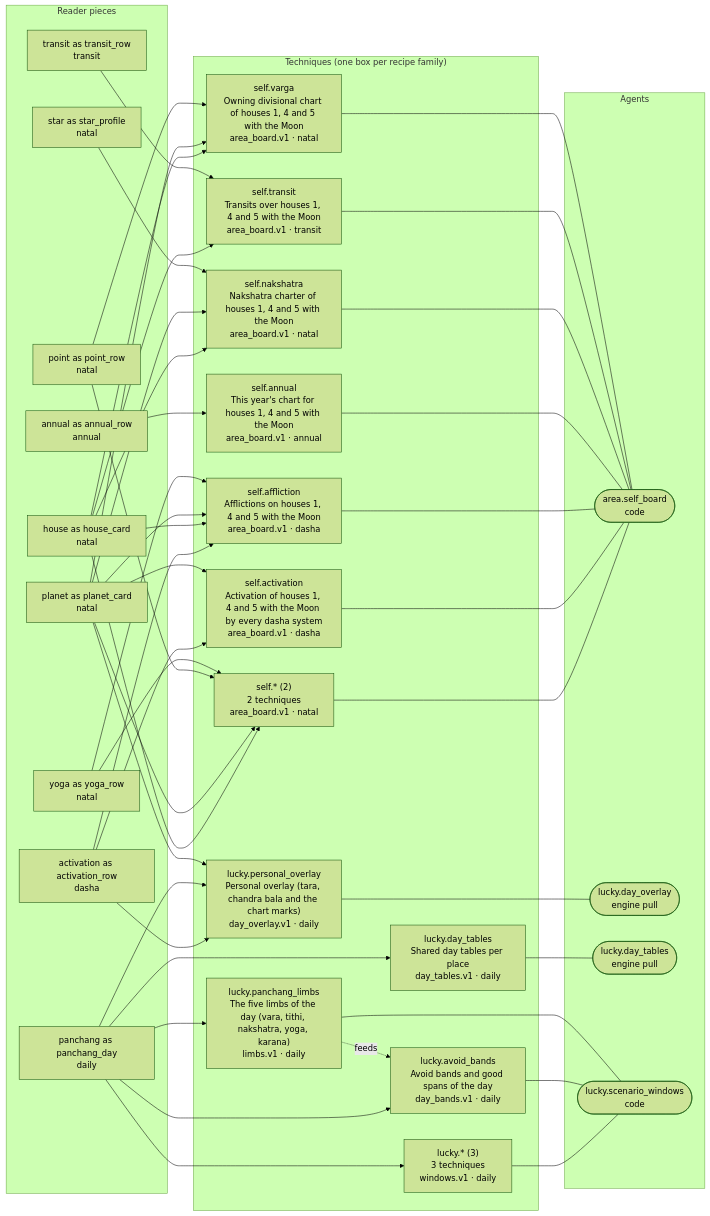
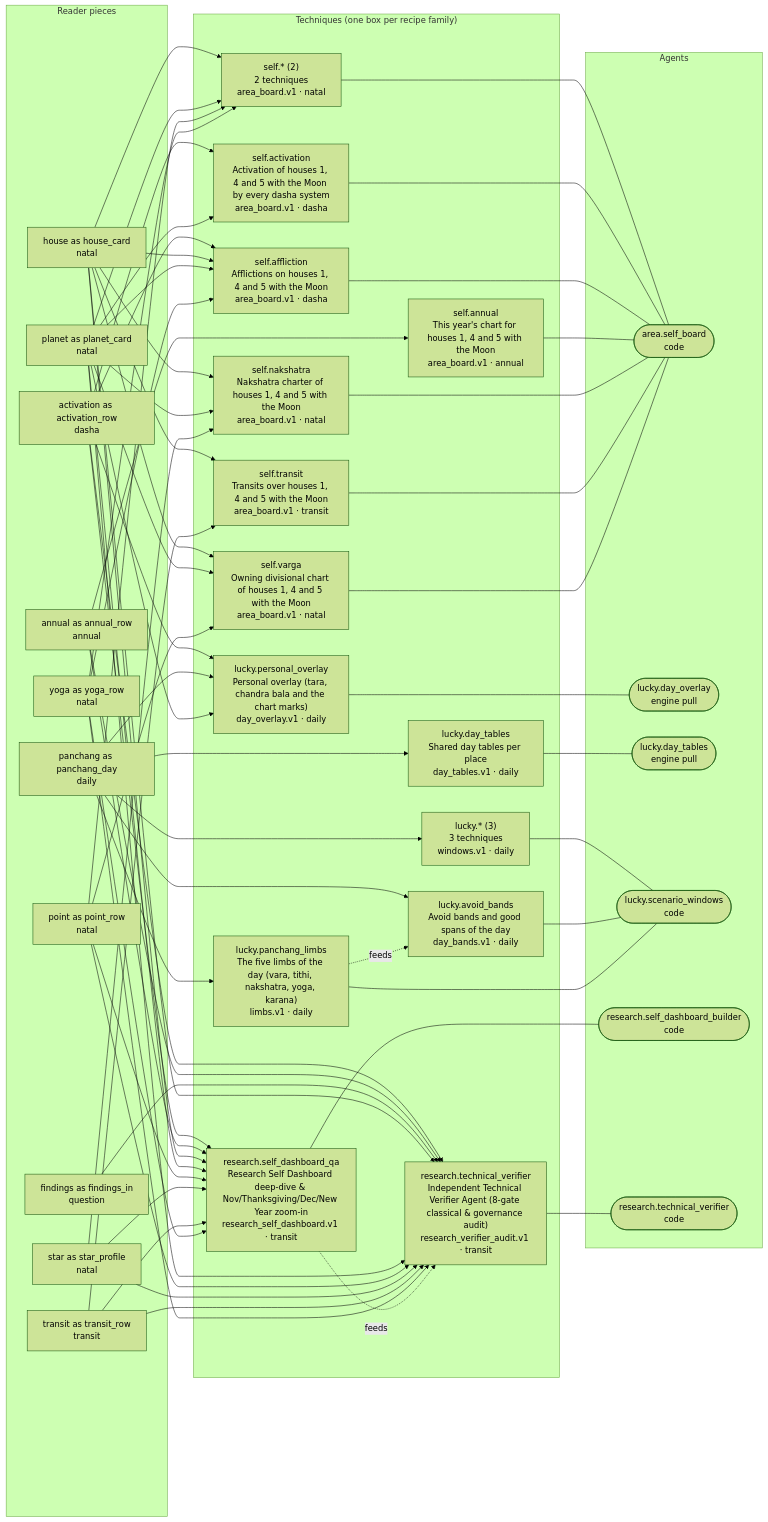
The fourth of 6 diagrams in docs/admin/07-technique-pieces-and-agents.md (sachinm/AIAstraServer), drawn with Mermaid (forest theme) before and after one commit. The commit also changed other lines of this file and 14 other files, not shown here.

Commit message:
feat(research): add M38 research staging schema, 20-subject Self dashboard QA engine, Nov-Jan temporal zoom-in, and 8-gate technical verifier (docs/admin/09)

````diff
--- a/docs/admin/07-technique-pieces-and-agents.md
+++ b/docs/admin/07-technique-pieces-and-agents.md
@@ -397,6 +403,7 @@
   subgraph R["Reader pieces"]
     r_reader_activation_activation_row["activation as activation_row<br/>dasha"]
     r_reader_annual_annual_row["annual as annual_row<br/>annual"]
+    r_reader_findings_findings_in["findings as findings_in<br/>question"]
     r_reader_house_house_card["house as house_card<br/>natal"]
     r_reader_panchang_panchang_day["panchang as panchang_day<br/>daily"]
     r_reader_planet_planet_card["planet as planet_card<br/>natal"]
@@ -412,6 +419,8 @@
     f_lucky_day_tables["lucky.day_tables<br/>Shared day tables per place<br/>day_tables.v1 · daily"]
     f_lucky_panchang_limbs["lucky.panchang_limbs<br/>The five limbs of the day (vara, tithi, nakshatra, yoga, karana)<br/>limbs.v1 · daily"]
     f_lucky_personal_overlay["lucky.personal_overlay<br/>Personal overlay (tara, chandra bala and the chart marks)<br/>day_overlay.v1 · daily"]
+    f_research_self_dashboard_qa["research.self_dashboard_qa<br/>Research Self Dashboard deep-dive & Nov/Thanksgiving/Dec/New Year zoom-in<br/>research_self_dashboard.v1 · transit"]
+    f_research_technical_verifier["research.technical_verifier<br/>Independent Technical Verifier Agent (8-gate classical & governance audit)<br/>research_verifier_audit.v1 · transit"]
     f_self_activation["self.activation<br/>Activation of houses 1, 4 and 5 with the Moon by every dasha system<br/>area_board.v1 · dasha"]
     f_self_affliction["self.affliction<br/>Afflictions on houses 1, 4 and 5 with the Moon<br/>area_board.v1 · dasha"]
     f_self_annual["self.annual<br/>This year's chart for houses 1, 4 and 5 with the Moon<br/>area_board.v1 · annual"]
@@ -424,6 +433,8 @@
     a_agent_lucky_day_overlay(["lucky.day_overlay<br/>engine pull"])
     a_agent_lucky_day_tables(["lucky.day_tables<br/>engine pull"])
     a_agent_lucky_scenario_windows(["lucky.scenario_windows<br/>code"])
+    a_agent_research_self_dashboard_builder(["research.self_dashboard_builder<br/>code"])
+    a_agent_research_technical_verifier(["research.technical_verifier<br/>code"])
   end
   r_reader_panchang_panchang_day --> f_lucky_3
   f_lucky_3 --- a_agent_lucky_scenario_windows
@@ -442,6 +453,25 @@
   r_reader_panchang_panchang_day --> f_lucky_personal_overlay
   r_reader_planet_planet_card --> f_lucky_personal_overlay
   f_lucky_personal_overlay --- a_agent_lucky_day_overlay
+  r_reader_activation_activation_row --> f_research_self_dashboard_qa
+  r_reader_annual_annual_row --> f_research_self_dashboard_qa
+  r_reader_house_house_card --> f_research_self_dashboard_qa
+  r_reader_planet_planet_card --> f_research_self_dashboard_qa
+  r_reader_point_point_row --> f_research_self_dashboard_qa
+  r_reader_star_star_profile --> f_research_self_dashboard_qa
+  r_reader_transit_transit_row --> f_research_self_dashboard_qa
+  r_reader_yoga_yoga_row --> f_research_self_dashboard_qa
+  f_research_self_dashboard_qa --- a_agent_research_self_dashboard_builder
+  r_reader_activation_activation_row --> f_research_technical_verifier
+  r_reader_annual_annual_row --> f_research_technical_verifier
+  r_reader_findings_findings_in --> f_research_technical_verifier
+  r_reader_house_house_card --> f_research_technical_verifier
+  r_reader_planet_planet_card --> f_research_technical_verifier
+  r_reader_point_point_row --> f_research_technical_verifier
+  r_reader_star_star_profile --> f_research_technical_verifier
+  r_reader_transit_transit_row --> f_research_technical_verifier
+  r_reader_yoga_yoga_row --> f_research_technical_verifier
+  f_research_technical_verifier --- a_agent_research_technical_verifier
   r_reader_activation_activation_row --> f_self_activation
   r_reader_planet_planet_card --> f_self_activation
   f_self_activation --- a_agent_area_self_board
@@ -464,4 +494,5 @@
   r_reader_point_point_row --> f_self_varga
   f_self_varga --- a_agent_area_self_board
   f_lucky_panchang_limbs -. feeds .-> f_lucky_avoid_bands
+  f_research_self_dashboard_qa -. feeds .-> f_research_technical_verifier
 ```
````
